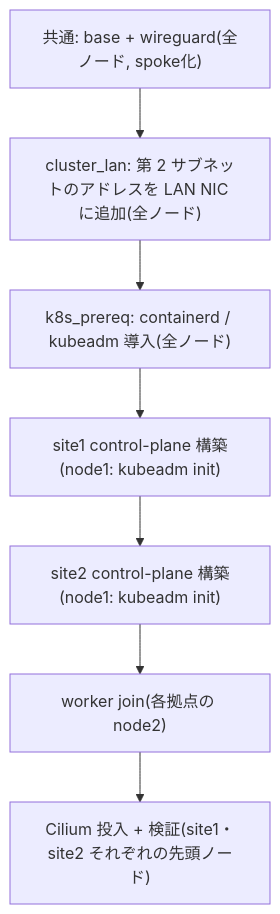
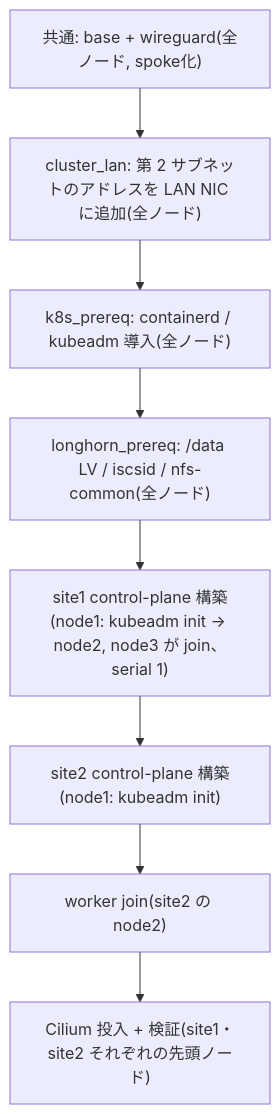
The diagram in docs/content/docs/admin/ansible.mdx (morinoparty/moripa-infra), drawn with Mermaid before and after one commit. The commit also changed other lines of this file and 35 other files, not shown here.

````diff
--- a/docs/content/docs/admin/ansible.mdx
+++ b/docs/content/docs/admin/ansible.mdx
@@ -75,9 +77,10 @@
 ```mermaid
 flowchart TD
     A["共通: base + wireguard(全ノード, spoke化)"] --> A2["cluster_lan: 第 2 サブネットのアドレスを LAN NIC に追加(全ノード)"]
     A2 --> B["k8s_prereq: containerd / kubeadm 導入(全ノード)"]
-    B --> C["site1 control-plane 構築(node1: kubeadm init)"]
+    B --> B2["longhorn_prereq: /data LV / iscsid / nfs-common(全ノード)"]
+    B2 --> C["site1 control-plane 構築(node1: kubeadm init → node2, node3 が join、serial 1)"]
     C --> D["site2 control-plane 構築(node1: kubeadm init)"]
-    D --> E["worker join(各拠点の node2)"]
+    D --> E["worker join(site2 の node2)"]
     E --> F["Cilium 投入 + 検証(site1・site2 それぞれの先頭ノード)"]
 ```
````
